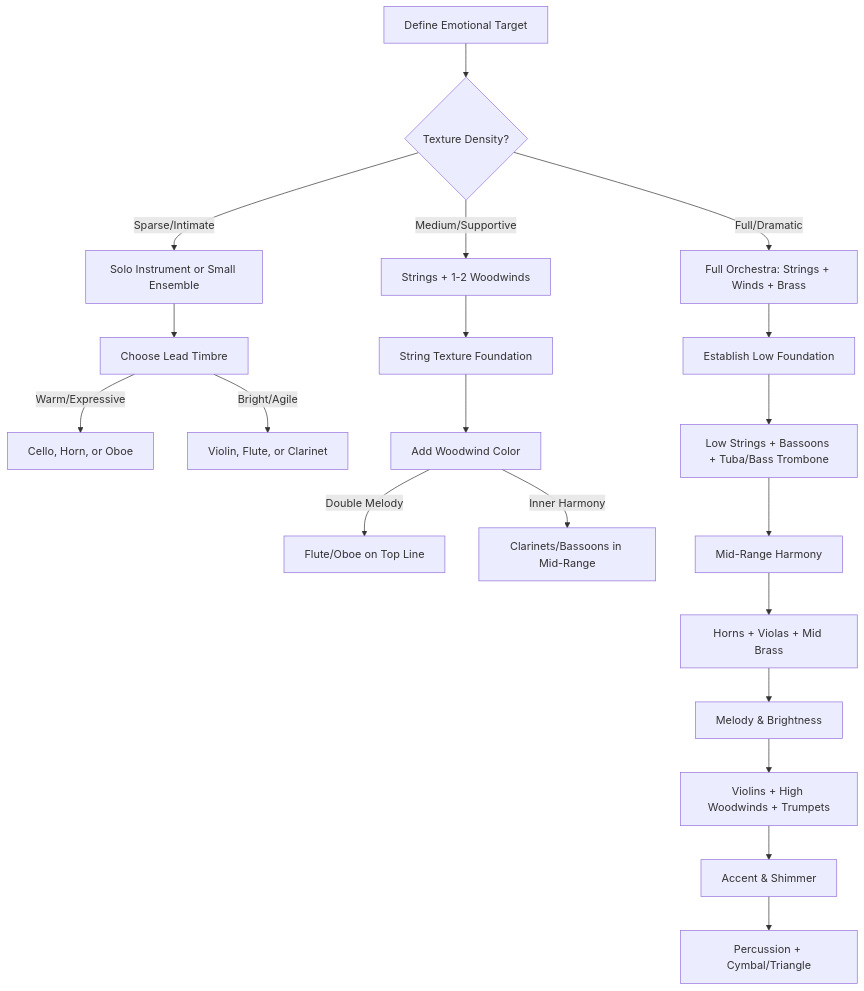
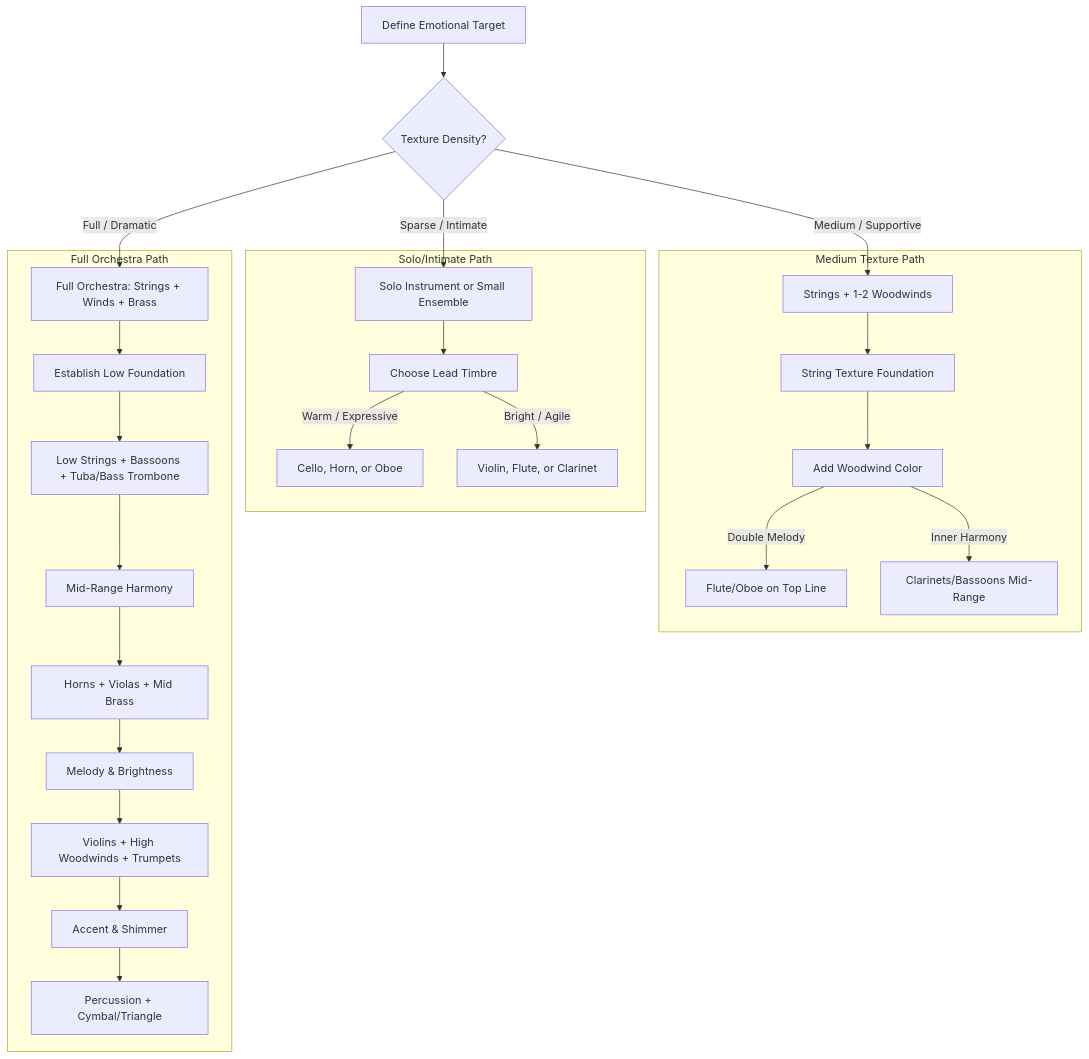
The diagram in topics/arts/composition/film_scoring/lesson_02_orchestration_techniques.md (blebleblee/synapse), drawn with Mermaid before and after one commit. The commit also changed other lines of this file and 4 other files, not shown here.

````diff
--- a/topics/arts/composition/film_scoring/lesson_02_orchestration_techniques.md
+++ b/topics/arts/composition/film_scoring/lesson_02_orchestration_techniques.md
@@ -125,25 +123,31 @@
 ```mermaid
 graph TD
-    A[Define Emotional Target] --> B{Texture Density?}
-    B -->|"Sparse/Intimate"| C[Solo Instrument or Small Ensemble]
-    B -->|"Medium/Supportive"| D["Strings + 1-2 Woodwinds"]
-    B -->|"Full/Dramatic"| E["Full Orchestra: Strings + Winds + Brass"]
-    
-    C --> F[Choose Lead Timbre]
-    F -->|"Warm/Expressive"| G[Cello, Horn, or Oboe]
-    F -->|"Bright/Agile"| H[Violin, Flute, or Clarinet]
-    
-    D --> I[String Texture Foundation]
-    I --> J[Add Woodwind Color]
-    J -->|"Double Melody"| K["Flute/Oboe on Top Line"]
-    J -->|"Inner Harmony"| L["Clarinets/Bassoons in Mid-Range"]
-    
-    E --> M[Establish Low Foundation]
-    M --> N["Low Strings + Bassoons + Tuba/Bass Trombone"]
-    N --> O[Mid-Range Harmony]
-    O --> P["Horns + Violas + Mid Brass"]
-    P --> Q["Melody & Brightness"]
-    Q --> R["Violins + High Woodwinds + Trumpets"]
-    R --> S["Accent & Shimmer"]
-    S --> T["Percussion + Cymbal/Triangle"]
+    A["Define Emotional Target"] --> B{"Texture Density?"}
+    B -->|"Sparse / Intimate"| C["Solo Instrument or Small Ensemble"]
+    B -->|"Medium / Supportive"| D["Strings + 1-2 Woodwinds"]
+    B -->|"Full / Dramatic"| E["Full Orchestra: Strings + Winds + Brass"]
+
+    subgraph sub_solo ["Solo/Intimate Path"]
+        C --> F["Choose Lead Timbre"]
+        F -->|"Warm / Expressive"| G["Cello, Horn, or Oboe"]
+        F -->|"Bright / Agile"| H["Violin, Flute, or Clarinet"]
+    end
+
+    subgraph sub_medium ["Medium Texture Path"]
+        D --> I["String Texture Foundation"]
+        I --> J["Add Woodwind Color"]
+        J -->|"Double Melody"| K["Flute/Oboe on Top Line"]
+        J -->|"Inner Harmony"| L["Clarinets/Bassoons Mid-Range"]
+    end
+
+    subgraph sub_full ["Full Orchestra Path"]
+        E --> M["Establish Low Foundation"]
+        M --> N["Low Strings + Bassoons + Tuba/Bass Trombone"]
+        N --> O["Mid-Range Harmony"]
+        O --> P["Horns + Violas + Mid Brass"]
+        P --> Q["Melody & Brightness"]
+        Q --> R["Violins + High Woodwinds + Trumpets"]
+        R --> S["Accent & Shimmer"]
+        S --> T["Percussion + Cymbal/Triangle"]
+    end
 ```
````
